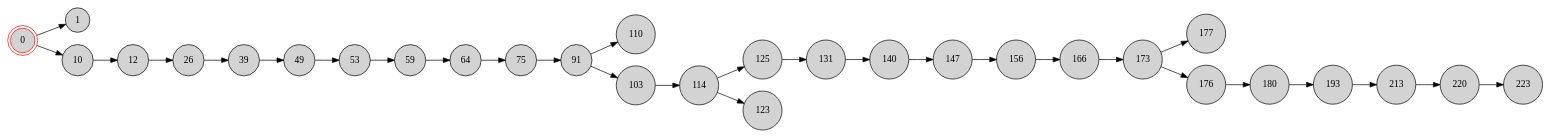
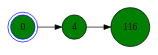
Before and after one commit to ananyarao23/CS765-BlockchainProject: the diagram in a2/output/dot/block_tree_0.dot, drawn with Graphviz. The commit also changed 419 other files, not shown here.

```diff
--- a/a2/output/dot/block_tree_0.dot
+++ b/a2/output/dot/block_tree_0.dot
@@ -1,35 +1,11 @@
 digraph BlockchainTree {
     rankdir=LR;
-    node [shape=circle, style=filled, fillcolor=lightgray];
+    node [shape=circle, style=filled, fontcolor=black];
 
-    0 [shape=doublecircle, color=red];
-    0 -> 1;
-    0 -> 10;
-    10 -> 12;
-    12 -> 26;
-    26 -> 39;
-    39 -> 49;
-    49 -> 53;
-    53 -> 59;
-    59 -> 64;
-    64 -> 75;
-    75 -> 91;
-    91 -> 110;
-    91 -> 103;
-    103 -> 114;
-    114 -> 125;
-    114 -> 123;
-    125 -> 131;
-    131 -> 140;
-    140 -> 147;
-    147 -> 156;
-    156 -> 166;
-    166 -> 173;
-    173 -> 177;
-    173 -> 176;
-    176 -> 180;
-    180 -> 193;
-    193 -> 213;
-    213 -> 220;
-    220 -> 223;
+    0 [fillcolor=green];
+    0 [shape=doublecircle, color=blue];
+    4 [fillcolor=green];
+    0 -> 4;
+    116 [fillcolor=green];
+    4 -> 116;
 }
```
